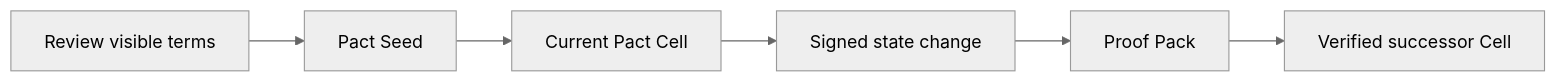
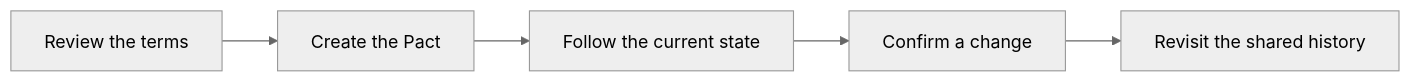
One commit to bitcoinuniverseio/drops-protocol-docs changed the diagram in protocol/drops-pacts.md. Above: the diagram before and after it, drawn with Mermaid (neutral theme). The commit also changed other lines of this file and 4 other files, not shown here.

````diff
--- a/protocol/drops-pacts.md
+++ b/protocol/drops-pacts.md
@@ -39,8 +11,7 @@
 ```mermaid
 flowchart LR
-  A[Review visible terms] --> B[Pact Seed]
-  B --> C[Current Pact Cell]
-  C --> D[Signed state change]
-  D --> E[Proof Pack]
-  E --> F[Verified successor Cell]
+  A[Review the terms] --> B[Create the Pact]
+  B --> C[Follow the current state]
+  C --> D[Confirm a change]
+  D --> E[Revisit the shared history]
 ```
````
